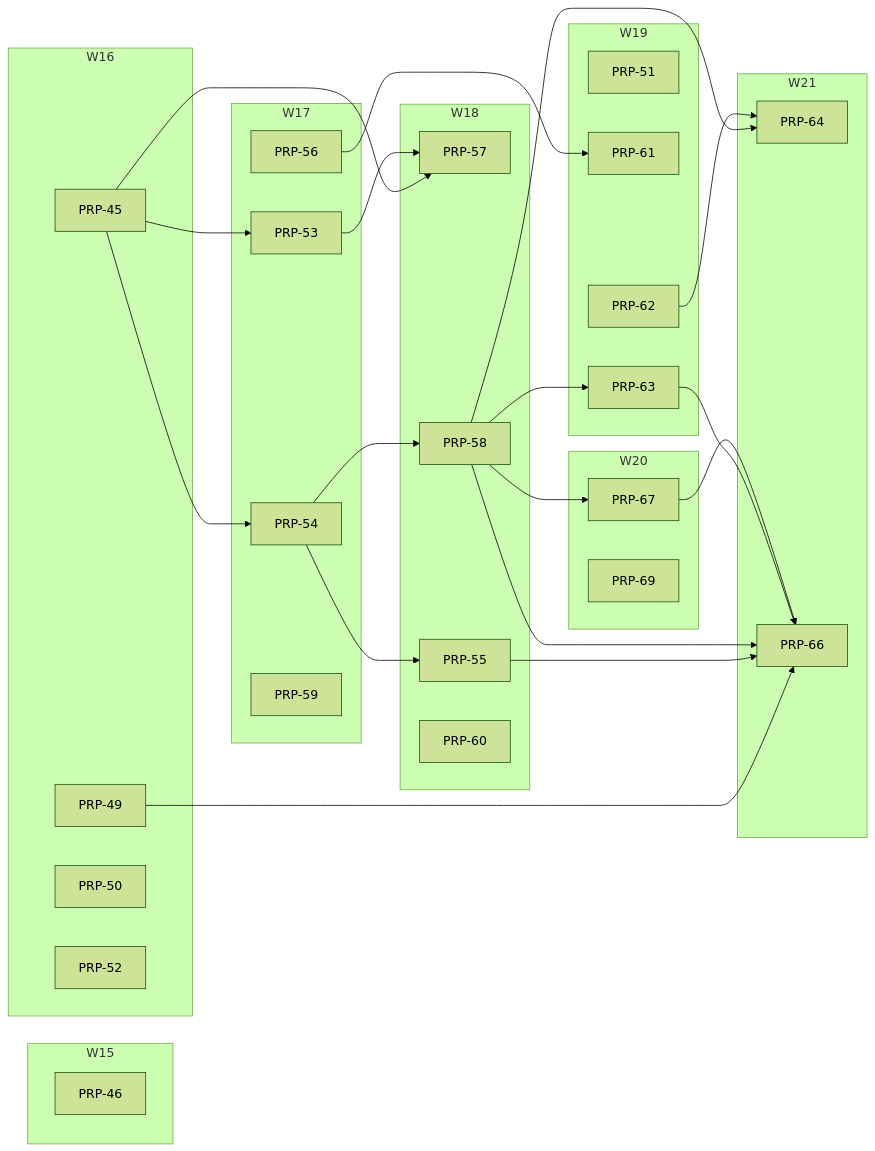
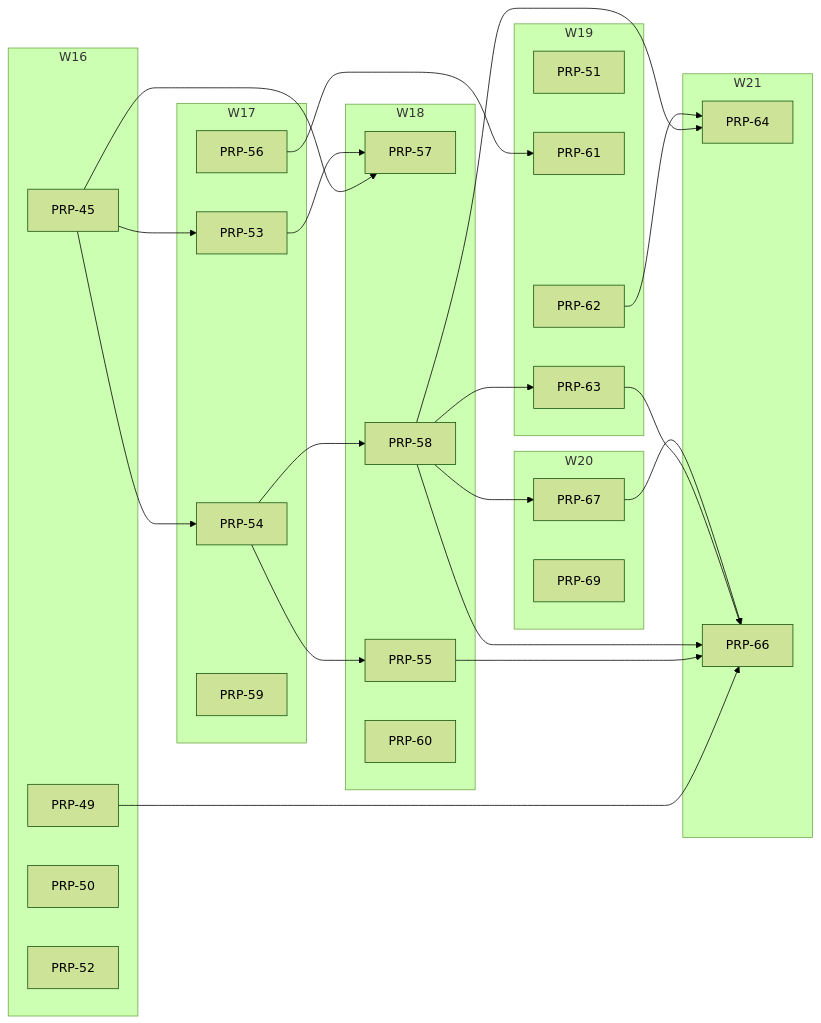
One commit to fgarofalo56/neurosphere changed the diagram in PRPs/EXECUTION-PLAN.md. Above: the diagram before and after it, drawn with Mermaid (forest theme). The commit also changed other lines of this file and 11 other files, not shown here.

````diff
--- a/PRPs/EXECUTION-PLAN.md
+++ b/PRPs/EXECUTION-PLAN.md
@@ -127,54 +119,51 @@
 ```mermaid
 flowchart LR
-  subgraph W15
-    P46["PRP-46"]
-  end
   subgraph W16
     P45["PRP-45"]
     P49["PRP-49"]
     P50["PRP-50"]
     P52["PRP-52"]
   end
   subgraph W17
     P53["PRP-53"]
     P54["PRP-54"]
     P56["PRP-56"]
     P59["PRP-59"]
   end
   subgraph W18
     P57["PRP-57"]
     P55["PRP-55"]
     P58["PRP-58"]
     P60["PRP-60"]
   end
   subgraph W19
     P51["PRP-51"]
     P61["PRP-61"]
     P62["PRP-62"]
     P63["PRP-63"]
   end
   subgraph W20
     P67["PRP-67"]
     P69["PRP-69"]
   end
   subgraph W21
     P64["PRP-64"]
     P66["PRP-66"]
   end
   P45 --> P53
   P45 --> P54
   P54 --> P55
   P45 --> P57
   P53 --> P57
   P54 --> P58
   P56 --> P61
   P58 --> P63
   P58 --> P64
   P62 --> P64
   P49 --> P66
   P55 --> P66
   P58 --> P66
   P63 --> P66
   P67 --> P66
   P58 --> P67
 ```
````
